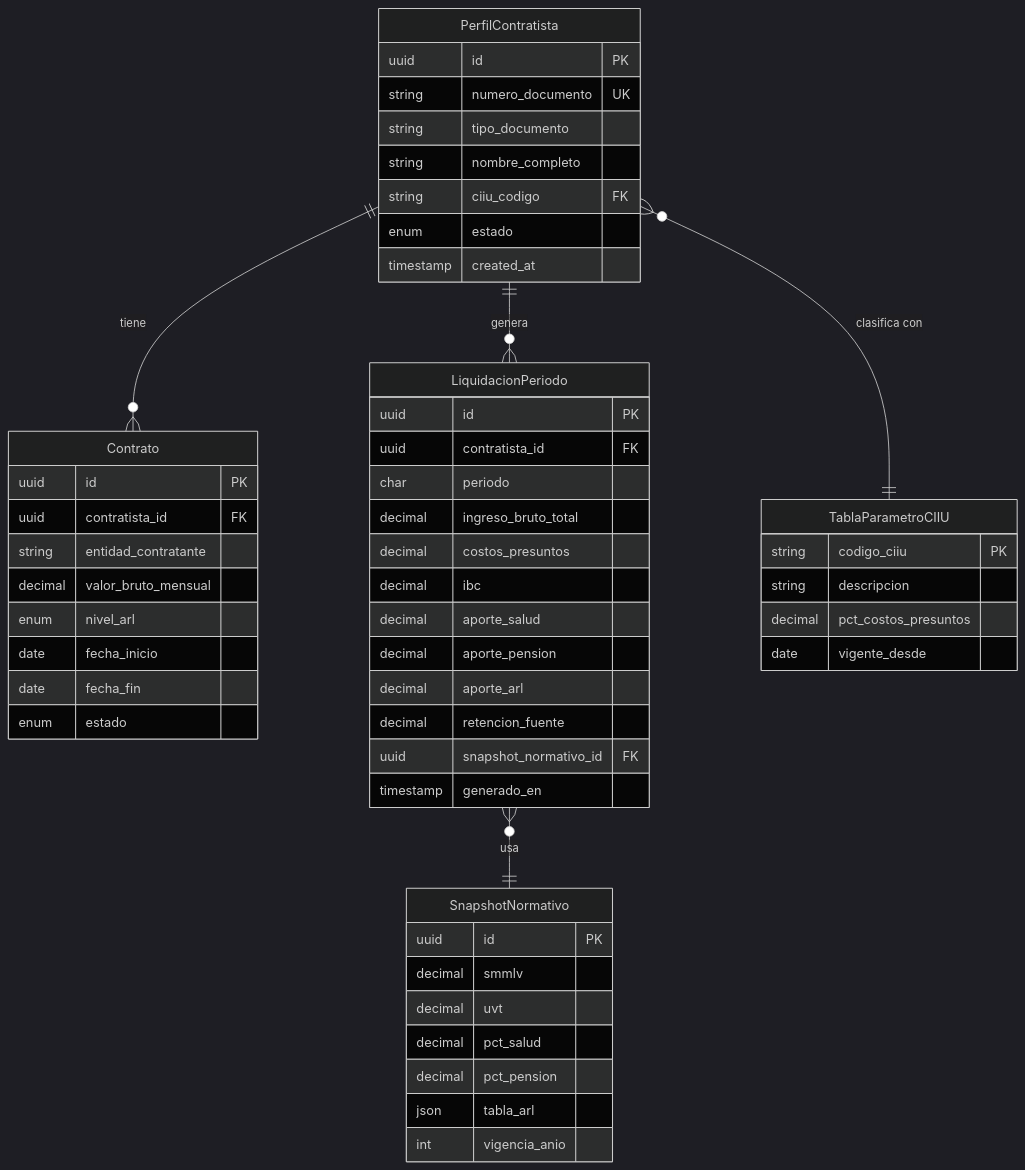
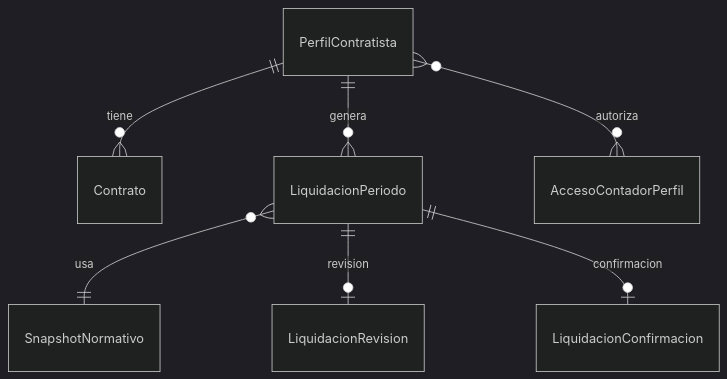
Before and after one commit to cecordobat/ISIA_grupo_1: the second of 2 diagrams in context/diagramas.md, drawn with Mermaid (dark theme). The commit also changed other lines of this file and 57 other files, not shown here.

Commit message:
feat: achieve 100% Stitch UI fidelity and modernize frontend architecture

````diff
--- a/context/diagramas.md
+++ b/context/diagramas.md
@@ -74,56 +19,9 @@
 ```mermaid
 erDiagram
-    PerfilContratista {
-        uuid id PK
-        string numero_documento UK
-        string tipo_documento
-        string nombre_completo
-        string ciiu_codigo FK
-        enum estado
-        timestamp created_at
-    }
-    Contrato {
-        uuid id PK
-        uuid contratista_id FK
-        string entidad_contratante
-        decimal valor_bruto_mensual
-        enum nivel_arl
-        date fecha_inicio
-        date fecha_fin
-        enum estado
-    }
-    LiquidacionPeriodo {
-        uuid id PK
-        uuid contratista_id FK
-        char periodo
-        decimal ingreso_bruto_total
-        decimal costos_presuntos
-        decimal ibc
-        decimal aporte_salud
-        decimal aporte_pension
-        decimal aporte_arl
-        decimal retencion_fuente
-        uuid snapshot_normativo_id FK
-        timestamp generado_en
-    }
-    SnapshotNormativo {
-        uuid id PK
-        decimal smmlv
-        decimal uvt
-        decimal pct_salud
-        decimal pct_pension
-        json tabla_arl
-        int vigencia_anio
-    }
-    TablaParametroCIIU {
-        string codigo_ciiu PK
-        string descripcion
-        decimal pct_costos_presuntos
-        date vigente_desde
-    }
-
-    PerfilContratista ||--o{ Contrato : "tiene"
-    PerfilContratista ||--o{ LiquidacionPeriodo : "genera"
-    LiquidacionPeriodo }o--|| SnapshotNormativo : "usa"
-    PerfilContratista }o--|| TablaParametroCIIU : "clasifica con"
+    PerfilContratista ||--o{ Contrato : tiene
+    PerfilContratista ||--o{ LiquidacionPeriodo : genera
+    LiquidacionPeriodo }o--|| SnapshotNormativo : usa
+    PerfilContratista }o--o{ AccesoContadorPerfil : autoriza
+    LiquidacionPeriodo ||--o| LiquidacionRevision : revision
+    LiquidacionPeriodo ||--o| LiquidacionConfirmacion : confirmacion
 ```
````
